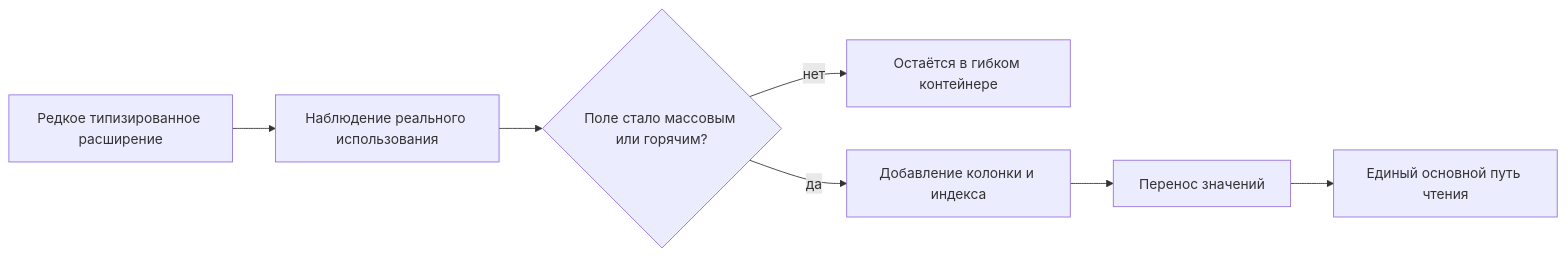
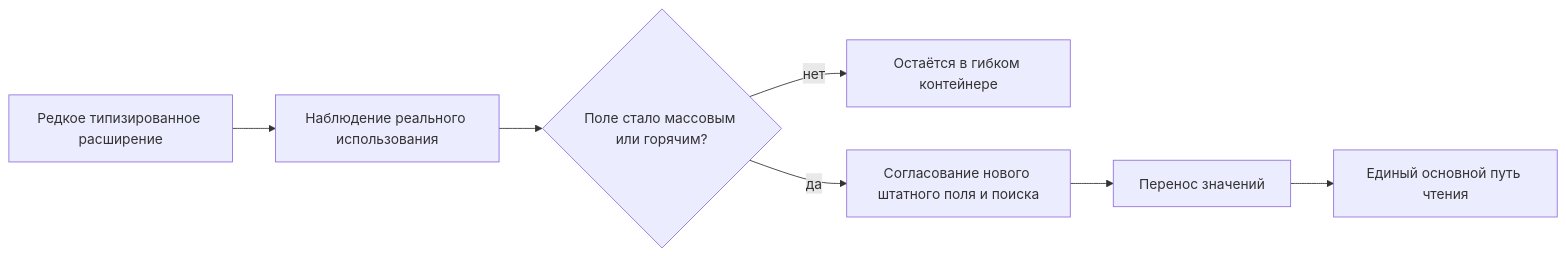
The second of 2 diagrams in docs/data-structure/04-physical-database-materialization.md (ZelAnton/Interlink-product-book), drawn with Mermaid before and after one commit. The commit also changed other lines of this file and 231 other files, not shown here.

````diff
--- a/docs/data-structure/04-physical-database-materialization.md
+++ b/docs/data-structure/04-physical-database-materialization.md
@@ -95,9 +111,9 @@
 ```mermaid
 flowchart LR
     A["Редкое типизированное расширение"] --> B["Наблюдение реального использования"]
     B --> C{"Поле стало массовым или горячим?"}
     C -->|"нет"| D["Остаётся в гибком контейнере"]
-    C -->|"да"| E["Добавление колонки и индекса"]
+    C -->|"да"| E["Согласование нового штатного поля и поиска"]
     E --> F["Перенос значений"]
     F --> G["Единый основной путь чтения"]
 ```
````
